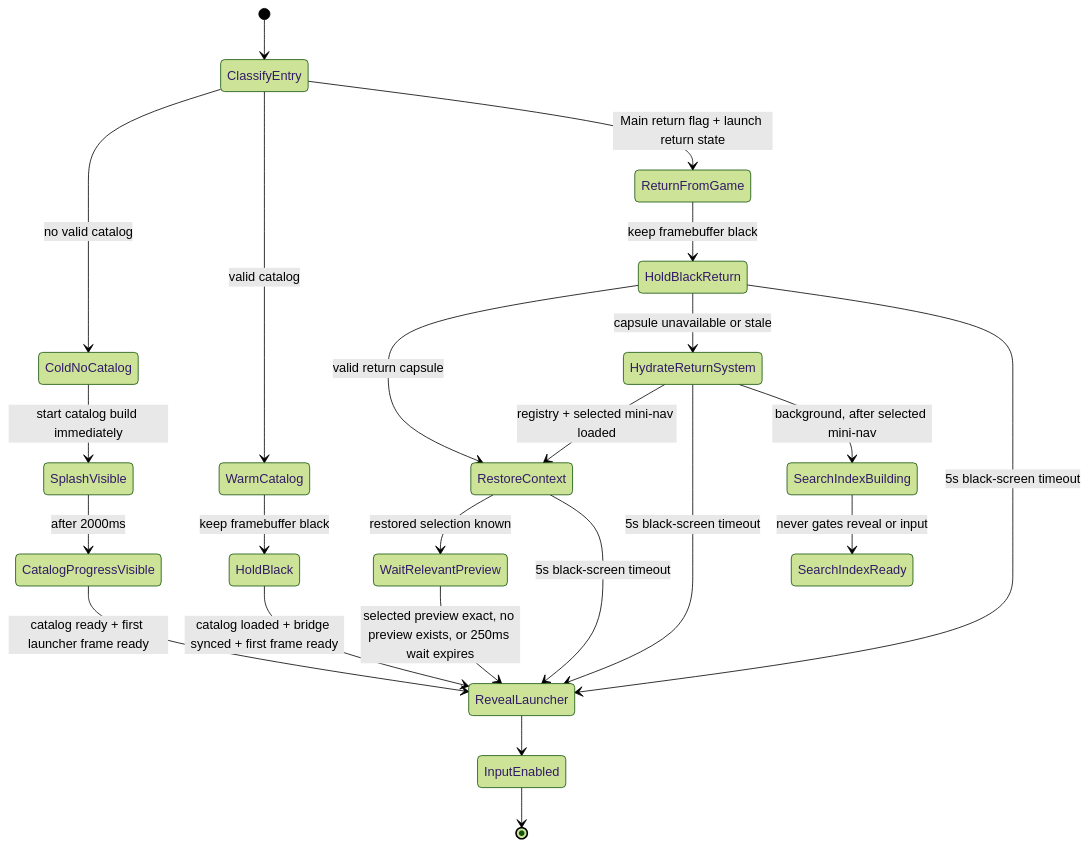
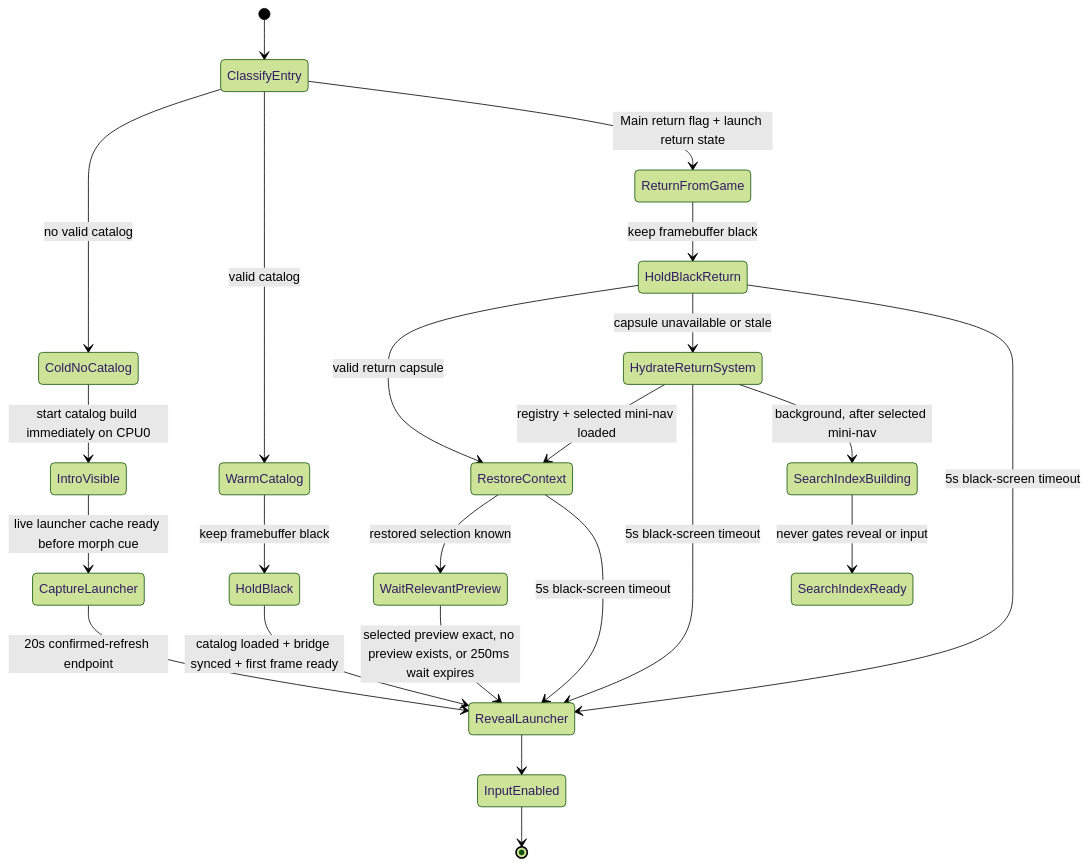
Before and after one commit to NigelBreslaw/MiSTer-MagiK: the fourth of 5 diagrams in docs/architecture.md, drawn with Mermaid (forest theme). The commit also changed other lines of this file and 7 other files, not shown here.

````diff
--- a/docs/architecture.md
+++ b/docs/architecture.md
@@ -491,31 +494,31 @@
 ```mermaid
 stateDiagram-v2
     [*] --> ClassifyEntry
 
     ClassifyEntry --> ColdNoCatalog: no valid catalog
     ClassifyEntry --> WarmCatalog: valid catalog
     ClassifyEntry --> ReturnFromGame: Main return flag + launch return state
 
-    ColdNoCatalog --> SplashVisible: start catalog build immediately
-    SplashVisible --> CatalogProgressVisible: after 2000ms
-    CatalogProgressVisible --> RevealLauncher: catalog ready + first launcher frame ready
+    ColdNoCatalog --> IntroVisible: start catalog build immediately on CPU0
+    IntroVisible --> CaptureLauncher: live launcher cache ready before morph cue
+    CaptureLauncher --> RevealLauncher: 20s confirmed-refresh endpoint
 
     WarmCatalog --> HoldBlack: keep framebuffer black
     HoldBlack --> RevealLauncher: catalog loaded + bridge synced + first frame ready
 
     ReturnFromGame --> HoldBlackReturn: keep framebuffer black
     HoldBlackReturn --> RestoreContext: valid return capsule
     HoldBlackReturn --> HydrateReturnSystem: capsule unavailable or stale
     HoldBlackReturn --> RevealLauncher: 5s black-screen timeout
     HydrateReturnSystem --> RestoreContext: registry + selected mini-nav loaded
     HydrateReturnSystem --> RevealLauncher: 5s black-screen timeout
     RestoreContext --> WaitRelevantPreview: restored selection known
     RestoreContext --> RevealLauncher: 5s black-screen timeout
     WaitRelevantPreview --> RevealLauncher: selected preview exact, no preview exists, or 250ms wait expires
 
     HydrateReturnSystem --> SearchIndexBuilding: background, after selected mini-nav
     SearchIndexBuilding --> SearchIndexReady: never gates reveal or input
 
     RevealLauncher --> InputEnabled
     InputEnabled --> [*]
 ```
````
